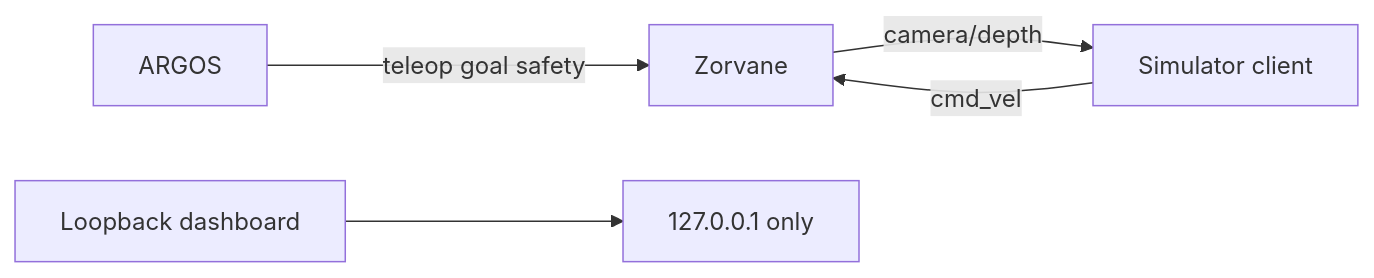
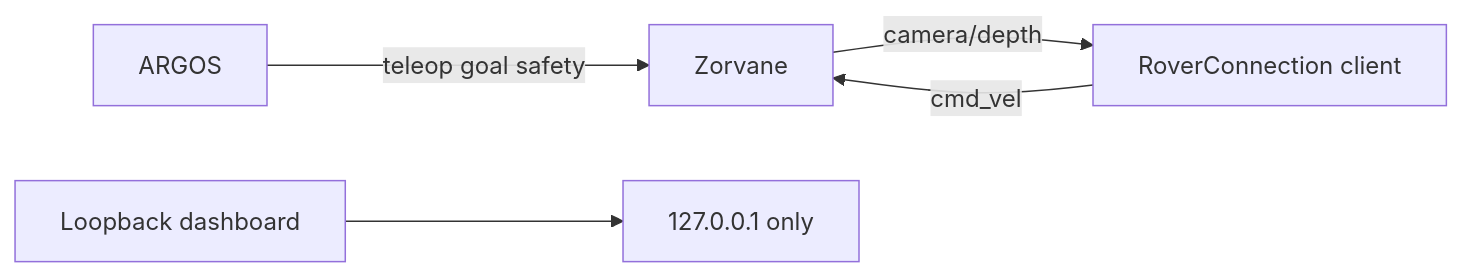
The first of 2 diagrams in docs/zenoh.md (Super-Yojan/Terra), drawn with Mermaid before and after one commit. The commit also changed other lines of this file and 282 other files, not shown here.

````diff
--- a/docs/zenoh.md
+++ b/docs/zenoh.md
@@ -10,7 +10,7 @@
 ```mermaid
 flowchart LR
   ARGOS[ARGOS] -->|teleop goal safety| Z[Zorvane]
-  Sim[Simulator client] -->|cmd_vel| Z
-  Z -->|camera/depth| Sim
+  Client[RoverConnection client] -->|cmd_vel| Z
+  Z -->|camera/depth| Client
   Dash[Loopback dashboard] --> Local[127.0.0.1 only]
 ```
````
